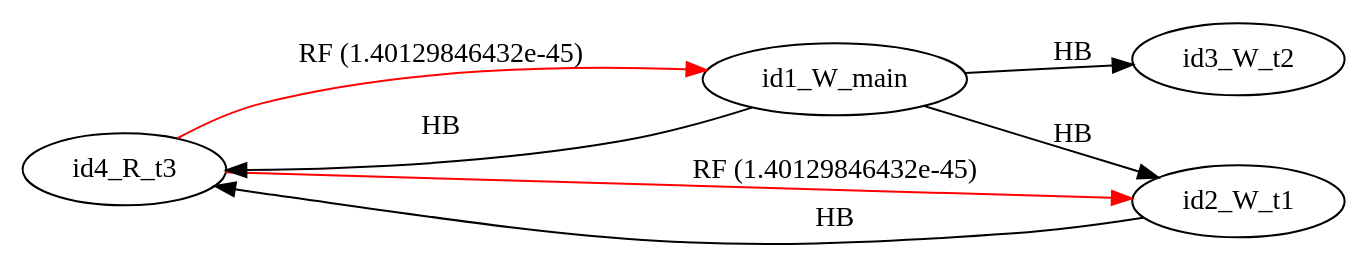
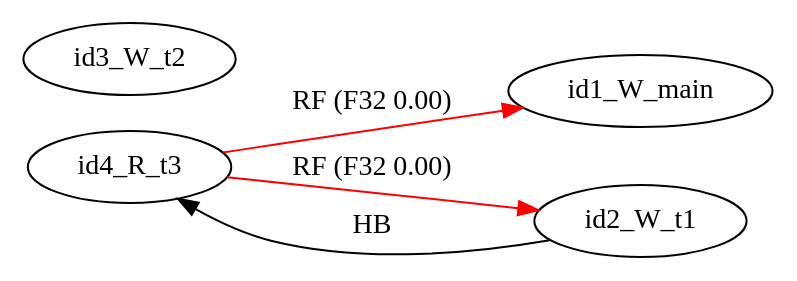
Before and after one commit to FMJS/EMME: the diagram in examples/single_var/sv_simple08/mm2.dot, drawn with Graphviz. The commit also changed 241 other files, not shown here.

```diff
--- a/examples/single_var/sv_simple08/mm2.dot
+++ b/examples/single_var/sv_simple08/mm2.dot
@@ -1,14 +1,11 @@
 digraph memory_model {
 rankdir=LR;
 splines=true; esep=0.5;
-id4_R_t3 -> id1_W_main [label = "RF (1.40129846432e-45)", color="red"];
-id4_R_t3 -> id2_W_t1 [label = "RF (1.40129846432e-45)", color="red"];
-id1_W_main -> id2_W_t1 [label = "HB", color="black"];
-id1_W_main -> id3_W_t2 [label = "HB", color="black"];
-id1_W_main -> id4_R_t3 [label = "HB", color="black"];
+id4_R_t3 -> id1_W_main [label = "RF (F32 0.00)", color="red"];
+id4_R_t3 -> id2_W_t1 [label = "RF (F32 0.00)", color="red"];
 id2_W_t1 -> id4_R_t3 [label = "HB", color="black"];
 id1_W_main [pos="5.0,2!"]
 id2_W_t1 [pos="0,0!"]
 id3_W_t2 [pos="5,0!"]
 id4_R_t3 [pos="10,0!"]
 }
```
